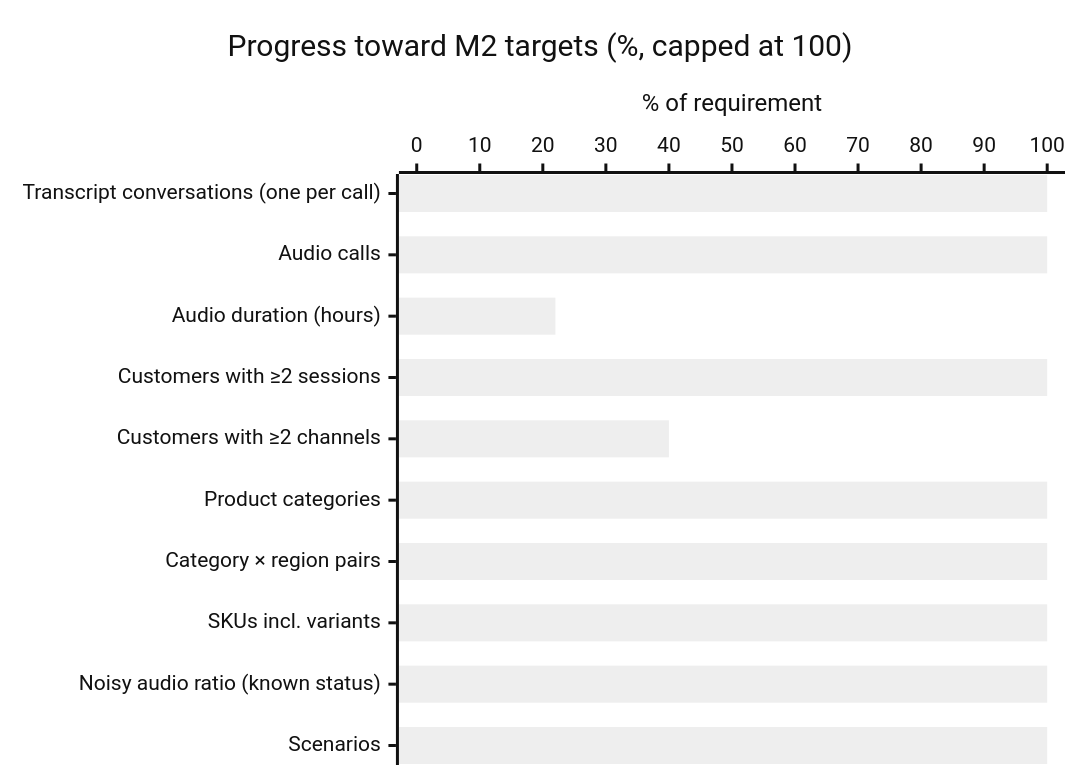
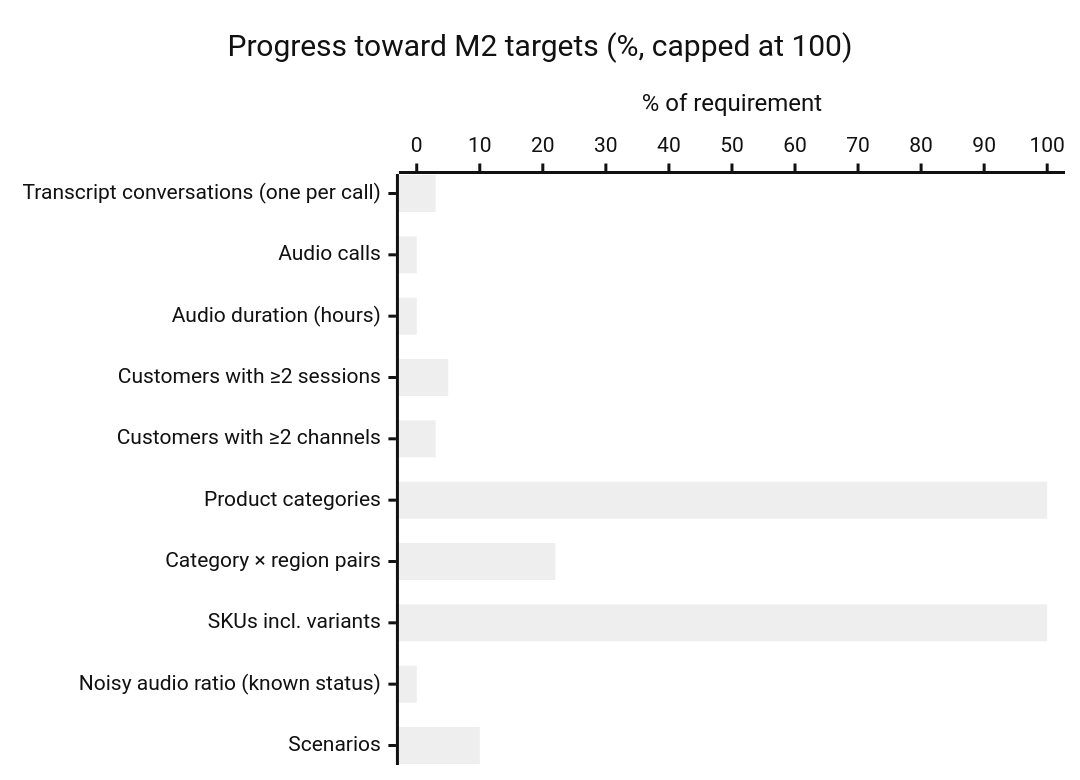
The first of 5 diagrams in evaluation/data-generation/output/reports/validation_report.md (queenley/capstone_sudocode2026), drawn with Mermaid (neutral theme) before and after one commit. The commit also changed other lines of this file and 1541 other files, not shown here.

````diff
--- a/evaluation/data-generation/output/reports/validation_report.md
+++ b/evaluation/data-generation/output/reports/validation_report.md
@@ -9,7 +9,7 @@
 ```mermaid
 xychart-beta horizontal
     title "Progress toward M2 targets (%, capped at 100)"
     x-axis ["Transcript conversations (one per call)", "Audio calls", "Audio duration (hours)", "Customers with ≥2 sessions", "Customers with ≥2 channels", "Product categories", "Category × region pairs", "SKUs incl. variants", "Noisy audio ratio (known status)", "Scenarios"]
     y-axis "% of requirement" 0 --> 100
-    bar [100, 100, 22, 100, 40, 100, 100, 100, 100, 100]
+    bar [3, 0, 0, 5, 3, 100, 22, 100, 0, 10]
 ```
````
